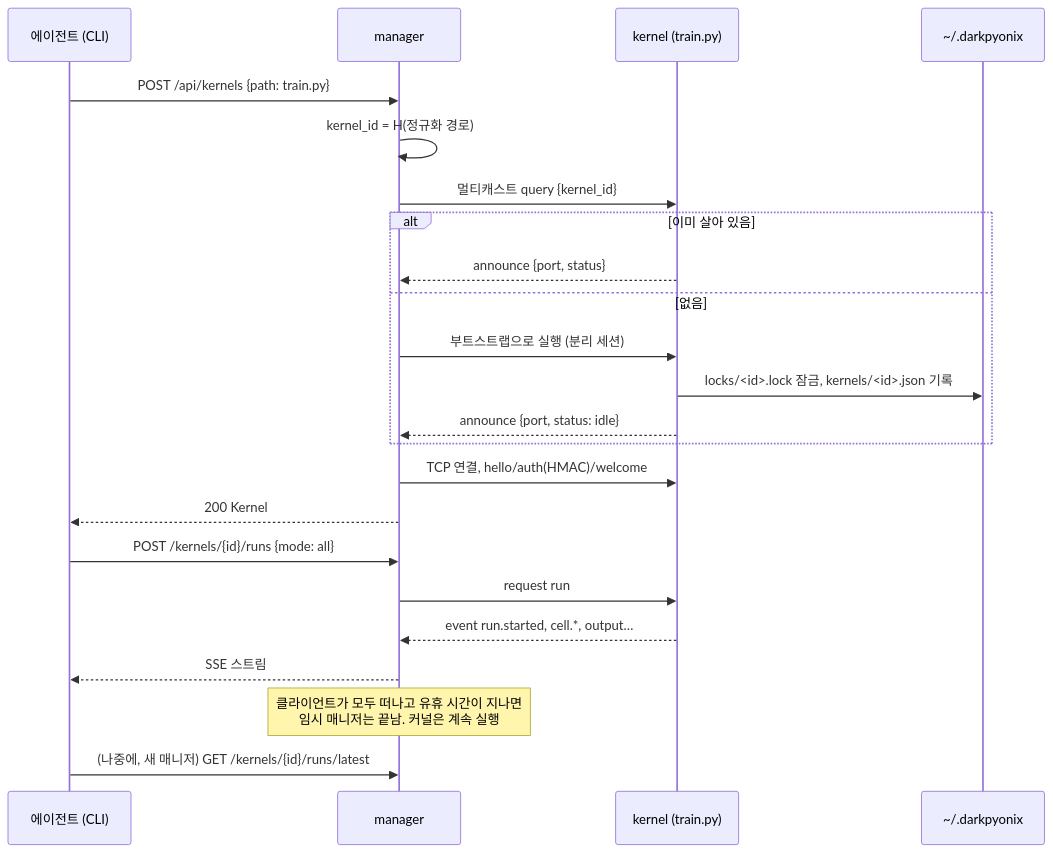
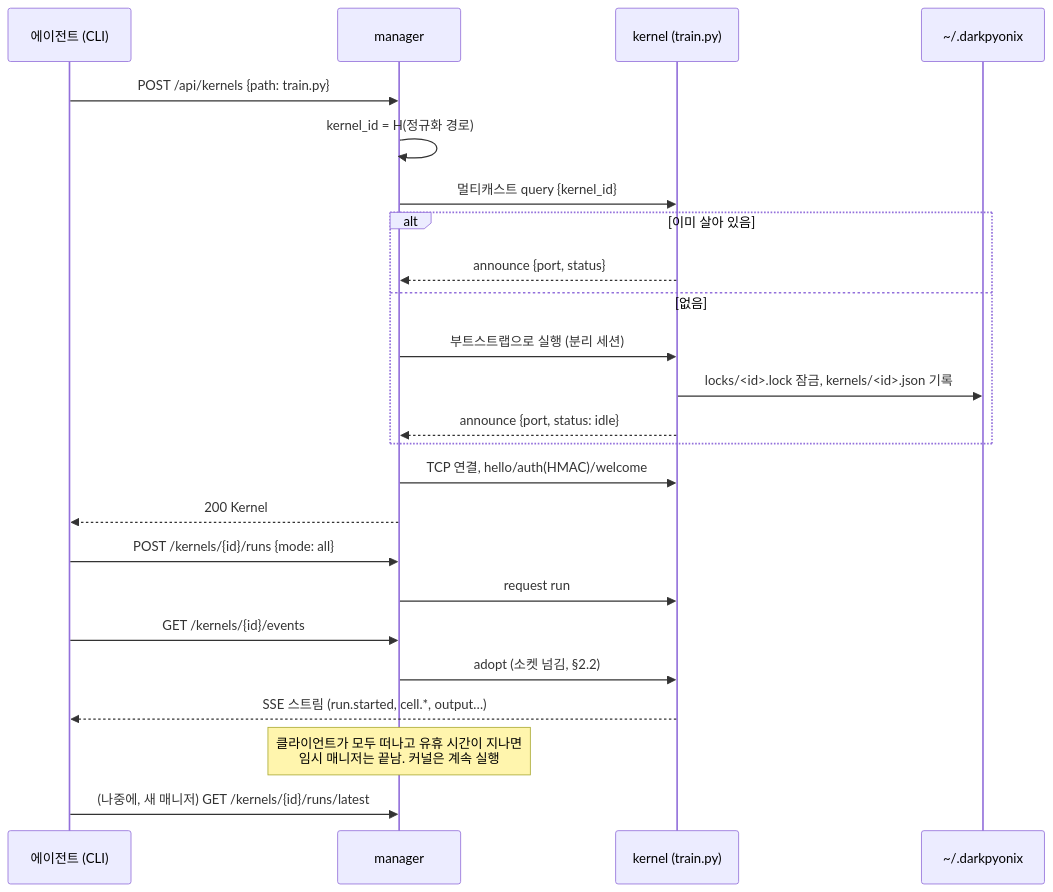
One commit to DarkPyonix/darkpyonix changed the fifth of 6 diagrams in docs/ARCHITECTURE.md. Above: the diagram before and after it, drawn with Mermaid. The commit also changed other lines of this file and 5 other files, not shown here.

````diff
--- a/docs/ARCHITECTURE.md
+++ b/docs/ARCHITECTURE.md
@@ -114,26 +147,27 @@
 ```mermaid
 sequenceDiagram
   participant A as 에이전트 (CLI)
   participant M as manager
   participant K as kernel (train.py)
   participant FS as ~/.darkpyonix
 
   A->>M: POST /api/kernels {path: train.py}
   M->>M: kernel_id = H(정규화 경로)
   M->>K: 멀티캐스트 query {kernel_id}
   alt 이미 살아 있음
     K-->>M: announce {port, status}
   else 없음
     M->>K: 부트스트랩으로 실행 (분리 세션)
     K->>FS: locks/<id>.lock 잠금, kernels/<id>.json 기록
     K-->>M: announce {port, status: idle}
   end
   M->>K: TCP 연결, hello/auth(HMAC)/welcome
   M-->>A: 200 Kernel
   A->>M: POST /kernels/{id}/runs {mode: all}
   M->>K: request run
-  K-->>M: event run.started, cell.*, output…
-  M-->>A: SSE 스트림
+  A->>M: GET /kernels/{id}/events
+  M->>K: adopt (소켓 넘김, §2.2)
+  K-->>A: SSE 스트림 (run.started, cell.*, output…)
   Note over M: 클라이언트가 모두 떠나고 유휴 시간이 지나면<br/>임시 매니저는 끝남. 커널은 계속 실행
   A->>M: (나중에, 새 매니저) GET /kernels/{id}/runs/latest
 ```
````
